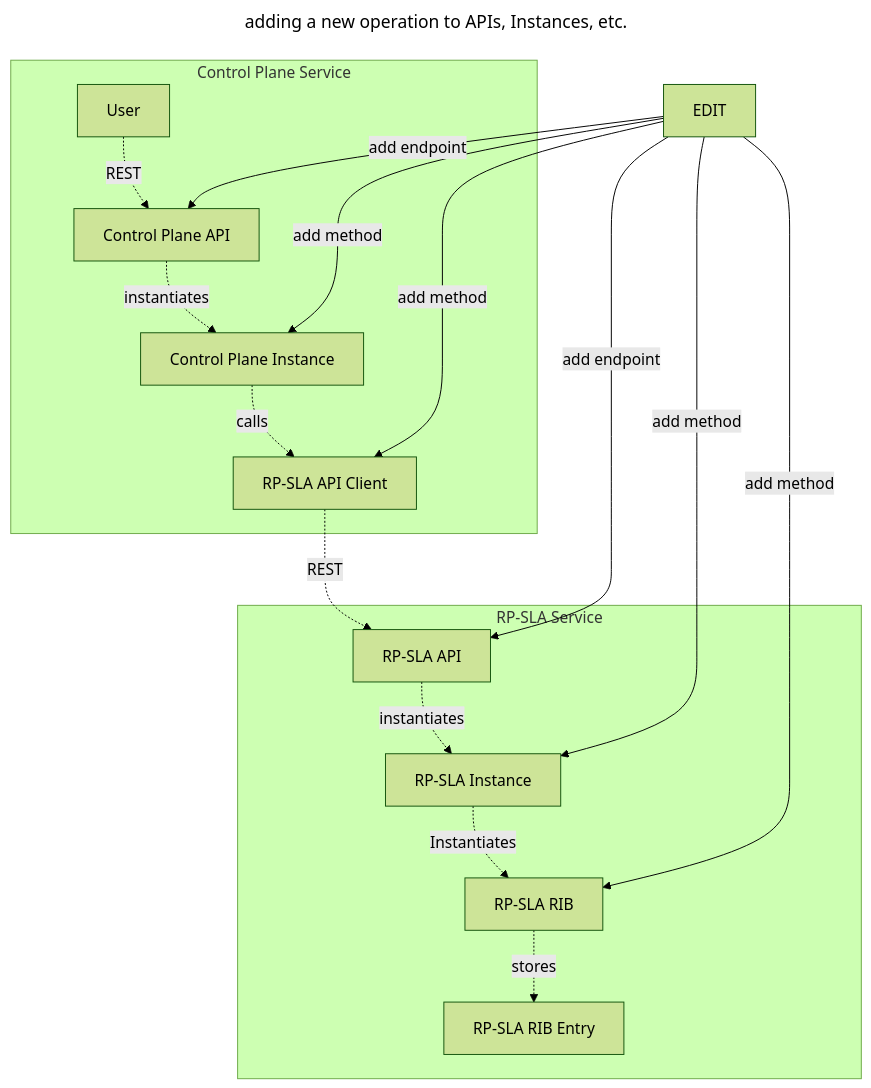
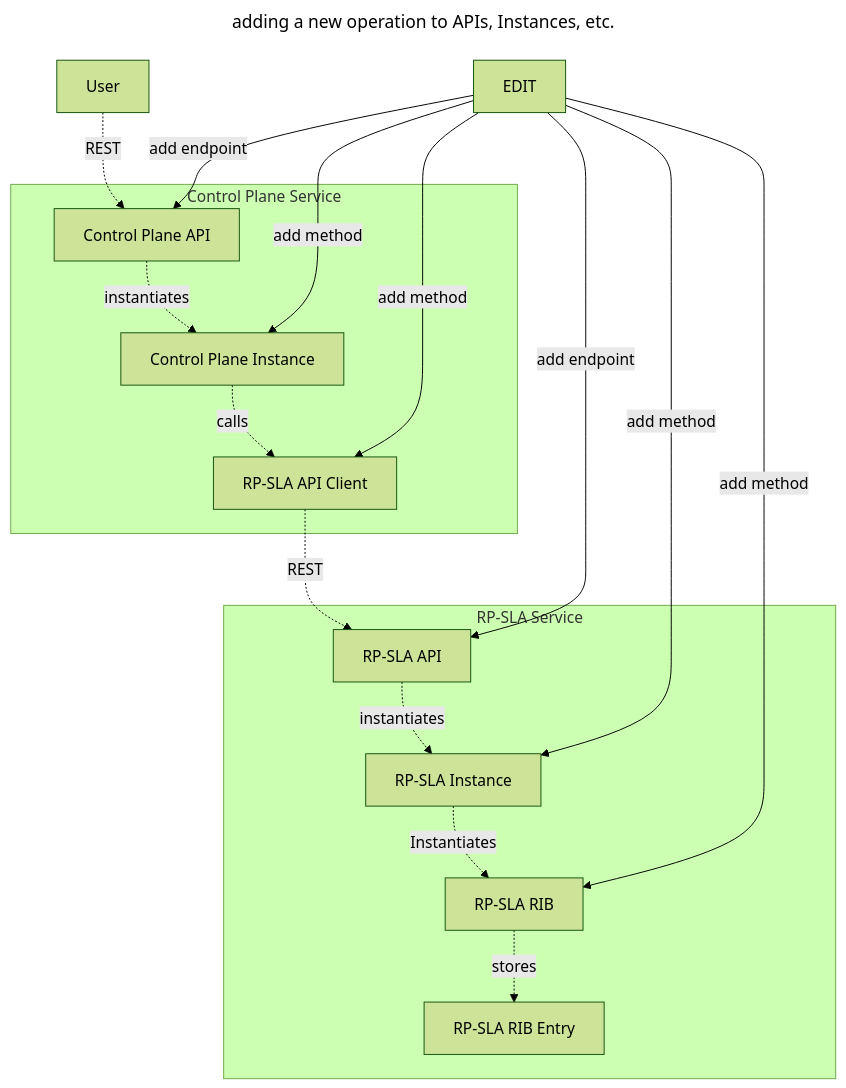
The fourth of 4 diagrams in ARCHITECTURE.md (wrgeorge1983/PyRP), drawn with Mermaid (forest theme) before and after one commit. The commit also changed other lines of this file and 16 other files, not shown here.

````diff
--- a/ARCHITECTURE.md
+++ b/ARCHITECTURE.md
@@ -108,31 +108,31 @@
 ```mermaid
 ---
 title: adding a new operation to APIs, Instances, etc.
 ---
 graph TD
+    U[User]
     subgraph one [Control Plane Service]
-    U[User]
     CP-API[Control Plane API]
     CP-I[Control Plane Instance]
     SLA-API-Client[RP-SLA API Client]
     end
     subgraph two [RP-SLA Service]
     SLA-API[RP-SLA API]
     SLA-I[RP-SLA Instance]
     SLA-RIB[RP-SLA RIB]
     SLA-RE[RP-SLA RIB Entry]
     end
     U -.->|REST| CP-API
     CP-API -.->|instantiates| CP-I
     CP-I -.->|calls| SLA-API-Client
     SLA-API-Client -.->|REST| SLA-API
     SLA-API -.->|instantiates| SLA-I
     SLA-I -.->|Instantiates| SLA-RIB
     SLA-RIB -.->|stores| SLA-RE
     EDIT --> |add endpoint|CP-API
     EDIT --> |add method|CP-I
     EDIT --> |add method|SLA-API-Client
     EDIT --> |add endpoint|SLA-API
     EDIT --> |add method|SLA-I
     EDIT --> |add method|SLA-RIB
 ```
````
